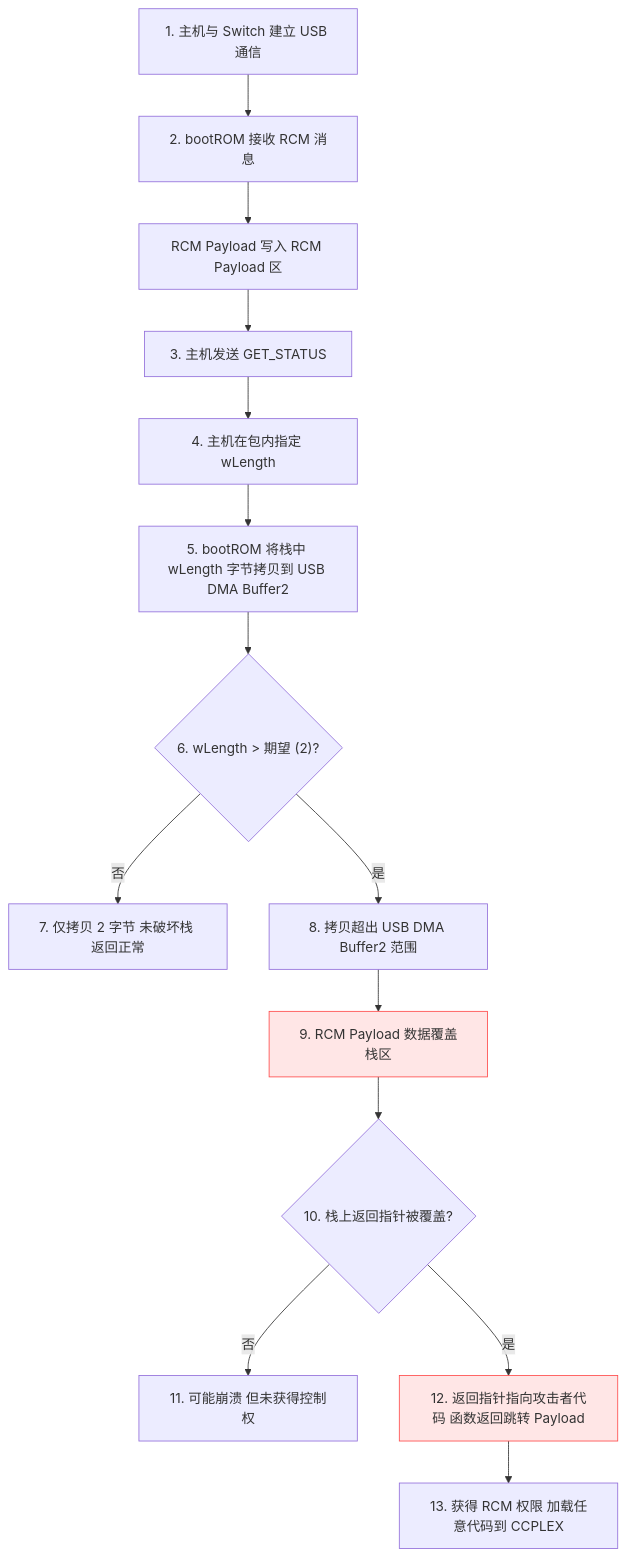
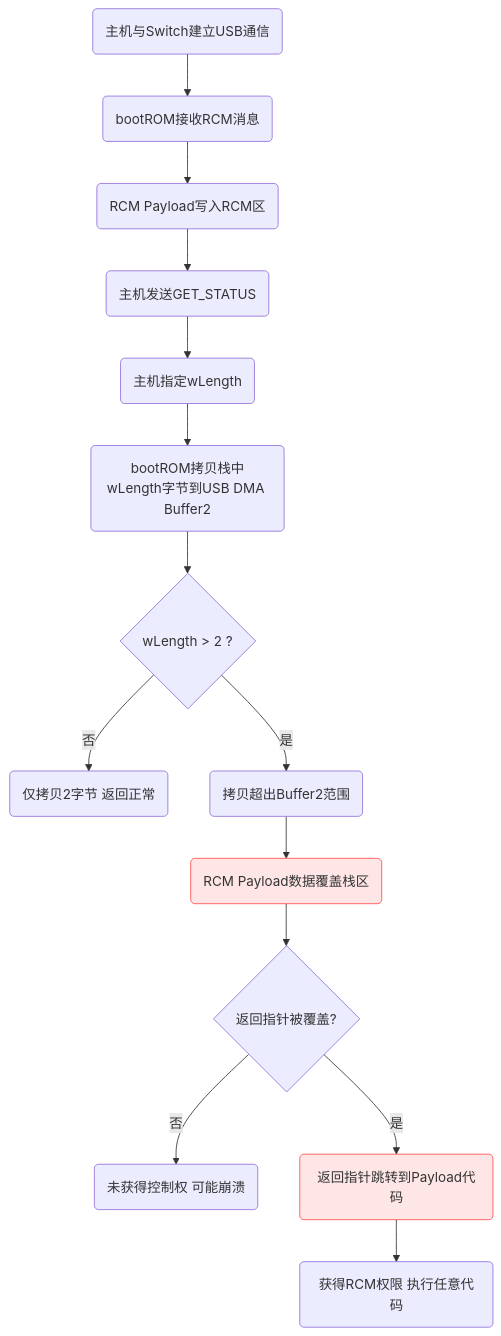
Before and after one commit to huangsam04/ns-wiki: the third of 3 diagrams in CrackSwitch.md, drawn with Mermaid. The commit also changed other lines of this file, not shown here.

Commit message:
docs: update CrackSwitch

```diff
--- a/CrackSwitch.md
+++ b/CrackSwitch.md
@@ -132,19 +132,19 @@
   <div class="mermaid">
 graph TD
-    A["1. 主机与 Switch 建立 USB 通信"] --> B["2. bootROM 接收 RCM 消息"]
-    B --> B2["RCM Payload 写入 RCM Payload 区"]
-    B2 --> C["3. 主机发送 GET_STATUS"]
-    C --> D["4. 主机在包内指定 wLength"]
-    D --> E["5. bootROM 将栈中 wLength 字节拷贝到 USB DMA Buffer2"]
-    E --> F{"6. wLength > 期望 (2)?"}
-    F -->|否| G["7. 仅拷贝 2 字节 未破坏栈 返回正常"]
-    F -->|是| H["8. 拷贝超出 USB DMA Buffer2 范围"]
-    H --> I["9. RCM Payload 数据覆盖栈区"]
-    I --> J{"10. 栈上返回指针被覆盖?"}
-    J -->|否| K["11. 可能崩溃 但未获得控制权"]
-    J -->|是| L["12. 返回指针指向攻击者代码 函数返回跳转 Payload"]
-    L --> M["13. 获得 RCM 权限 加载任意代码到 CCPLEX"]
+    A("主机与Switch建立USB通信") --> B("bootROM接收RCM消息")
+    B --> B2("RCM Payload写入RCM区")
+    B2 --> C("主机发送GET_STATUS")
+    C --> D("主机指定wLength")
+    D --> E("bootROM拷贝栈中wLength字节到USB DMA Buffer2")
+    E --> F{"wLength > 2 ?"}
+    F -->|否| G("仅拷贝2字节 返回正常")
+    F -->|是| H("拷贝超出Buffer2范围")
+    H --> I("RCM Payload数据覆盖栈区")
+    I --> J{"返回指针被覆盖?"}
+    J -->|否| K("未获得控制权 可能崩溃")
+    J -->|是| L("返回指针跳转到Payload代码")
+    L --> M("获得RCM权限 执行任意代码")
 
     classDef critical fill:#ffe6e6,stroke:#ff4d4d;
     class I,L critical;
   </div>
```
